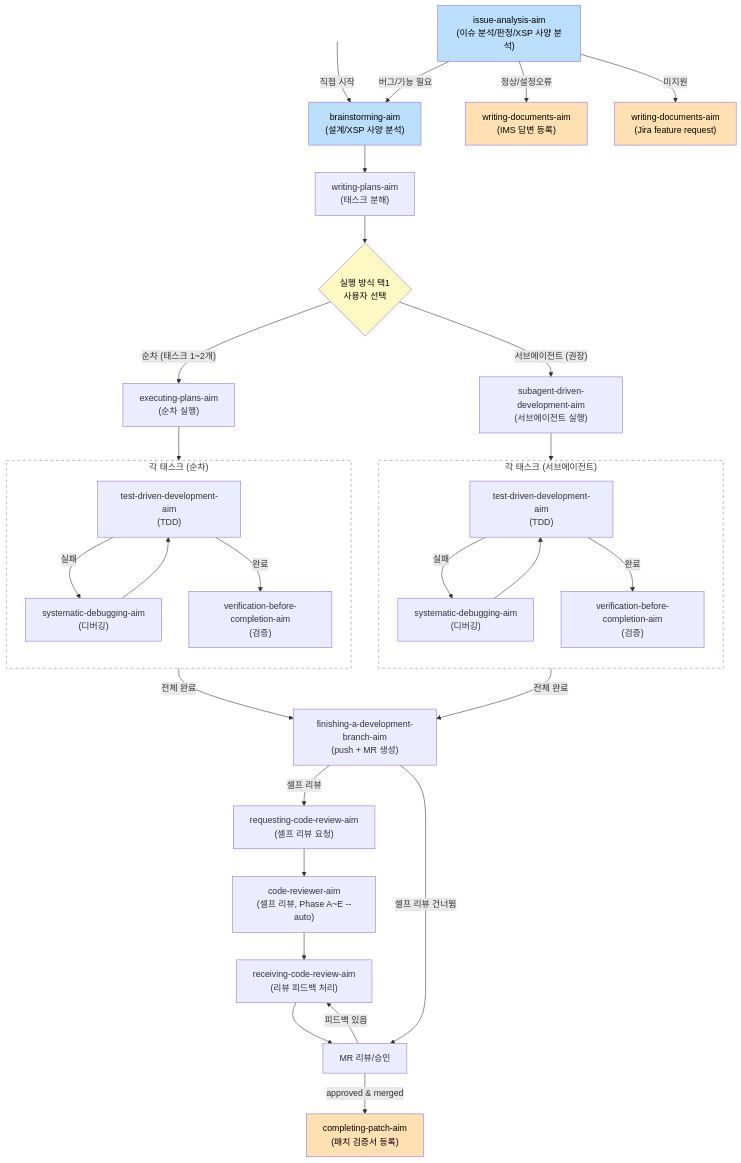
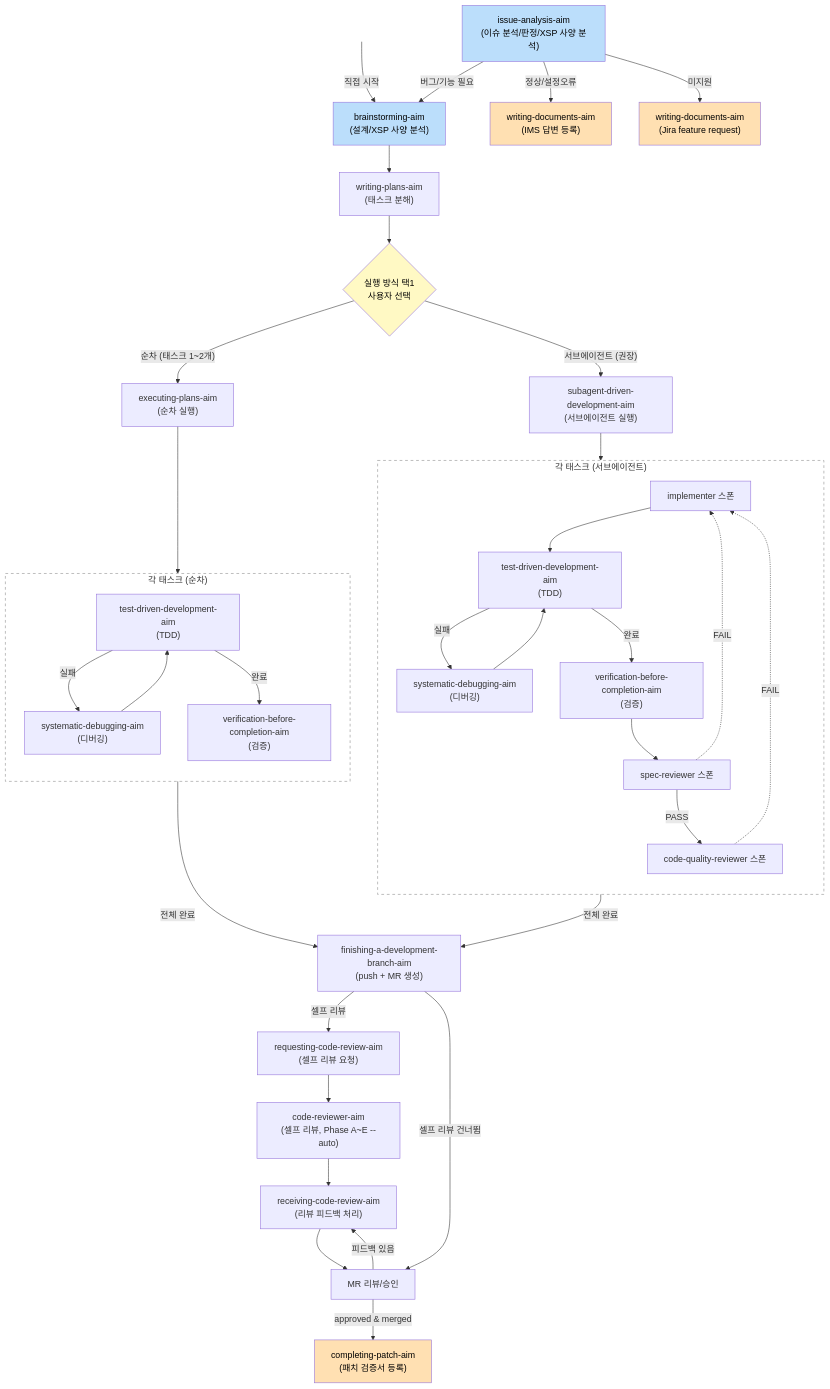
The diagram in README.md (kmj5228/aim-harness), drawn with Mermaid before and after one commit.

Commit message:
docs: add 2-stage review cycle to subagent-driven subgraph
- implementer 스폰 → TDD → debugging → verification → spec-reviewer → code-quality-reviewer
- FAIL arrows back to implementer respawn
- Reflects actual subagent-driven-development-aim flow

````diff
--- a/README.md
+++ b/README.md
@@ -77,56 +77,62 @@
 ```mermaid
 flowchart TD
     A["issue-analysis-aim\n(이슈 분석/판정/XSP 사양 분석)"] -->|"버그/기능 필요"| B["brainstorming-aim\n(설계/XSP 사양 분석)"]
     START[ ] -->|직접 시작| B
     B --> C["writing-plans-aim\n(태스크 분해)"]
     C --> D{실행 방식 택1\n사용자 선택}
 
     D -->|"순차 (태스크 1~2개)"| E["executing-plans-aim\n(순차 실행)"]
     E --> TDD1
 
     D -->|"서브에이전트 (권장)"| F["subagent-driven-development-aim\n(서브에이전트 실행)"]
     F --> TDD2
 
     subgraph TDD1 ["각 태스크 (순차)"]
         direction TB
         G1["test-driven-development-aim\n(TDD)"] -->|실패| I1["systematic-debugging-aim\n(디버깅)"]
         I1 --> G1
         G1 -->|완료| J1["verification-before-completion-aim\n(검증)"]
     end
 
     subgraph TDD2 ["각 태스크 (서브에이전트)"]
         direction TB
-        G2["test-driven-development-aim\n(TDD)"] -->|실패| I2["systematic-debugging-aim\n(디버깅)"]
+        IMP["implementer 스폰"]
+        IMP --> G2["test-driven-development-aim\n(TDD)"]
+        G2 -->|실패| I2["systematic-debugging-aim\n(디버깅)"]
         I2 --> G2
         G2 -->|완료| J2["verification-before-completion-aim\n(검증)"]
+        J2 --> SR2["spec-reviewer 스폰"]
+        SR2 -->|PASS| CR2["code-quality-reviewer 스폰"]
+        SR2 -.->|FAIL| IMP
+        CR2 -.->|FAIL| IMP
     end
 
     TDD1 -->|전체 완료| K["finishing-a-development-branch-aim\n(push + MR 생성)"]
     TDD2 -->|전체 완료| K
     K -->|셀프 리뷰| L["requesting-code-review-aim\n(셀프 리뷰 요청)"]
     L --> M["code-reviewer-aim\n(셀프 리뷰, Phase A~E --auto)"]
     K -->|셀프 리뷰 건너뜀| MR[MR 리뷰/승인]
     M --> RCV["receiving-code-review-aim\n(리뷰 피드백 처리)"]
     RCV --> MR
     MR -->|피드백 있음| RCV
     MR -->|approved & merged| N["completing-patch-aim\n(패치 검증서 등록)"]
 
     A -->|"정상/설정오류"| O["writing-documents-aim\n(IMS 답변 등록)"]
     A -->|"미지원"| Q["writing-documents-aim\n(Jira feature request)"]
 
     style START fill:transparent,stroke:transparent
     style TDD1 fill:transparent,stroke:#888,stroke-dasharray: 5 5
     style TDD2 fill:transparent,stroke:#888,stroke-dasharray: 5 5
 
     %% 시작 (파랑)
     style A fill:#bbdefb,color:#000
     style B fill:#bbdefb,color:#000
 
     %% 끝 (주황)
     style N fill:#ffe0b2,color:#000
     style O fill:#ffe0b2,color:#000
     style Q fill:#ffe0b2,color:#000
 
     %% 분기 (노랑) — 에이전트/사용자 결정
     style D fill:#fff9c4,color:#000
 ```
````
